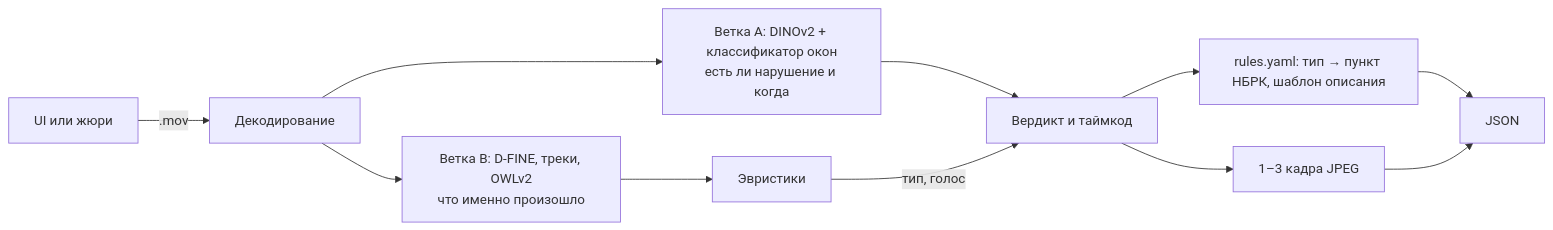
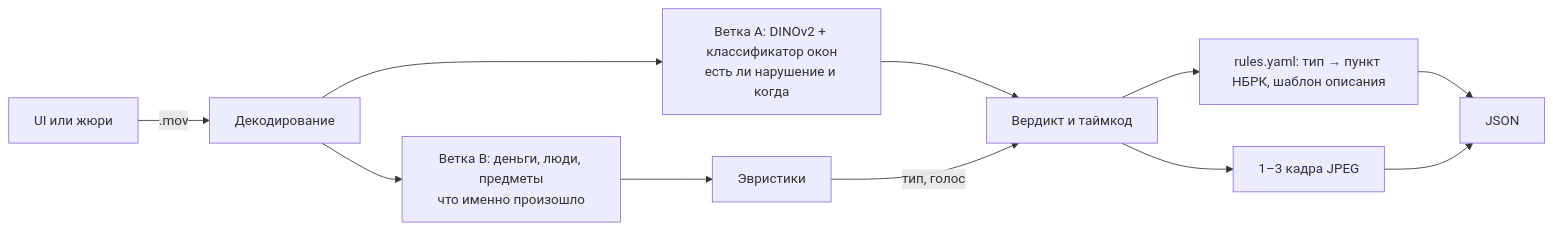
Before and after one commit to M1kado0/forte-datathon: the diagram in README.md, drawn with Mermaid. The commit also changed other lines of this file, not shown here.

````diff
--- a/README.md
+++ b/README.md
@@ -84,13 +88,13 @@
 ```mermaid
 flowchart LR
     U["UI или жюри"] -->|.mov| V["Декодирование"]
     V --> A["Ветка A: DINOv2 + классификатор окон<br/>есть ли нарушение и когда"]
-    V --> B["Ветка B: D-FINE, треки, OWLv2<br/>что именно произошло"]
+    V --> B["Ветка B: деньги, люди, предметы<br/>что именно произошло"]
     B --> H["Эвристики"]
     A --> M["Вердикт и таймкод"]
     H -->|тип, голос| M
     M --> R["rules.yaml: тип → пункт НБРК, шаблон описания"]
     M --> E["1–3 кадра JPEG"]
     R --> O["JSON"]
     E --> O
 ```
````
